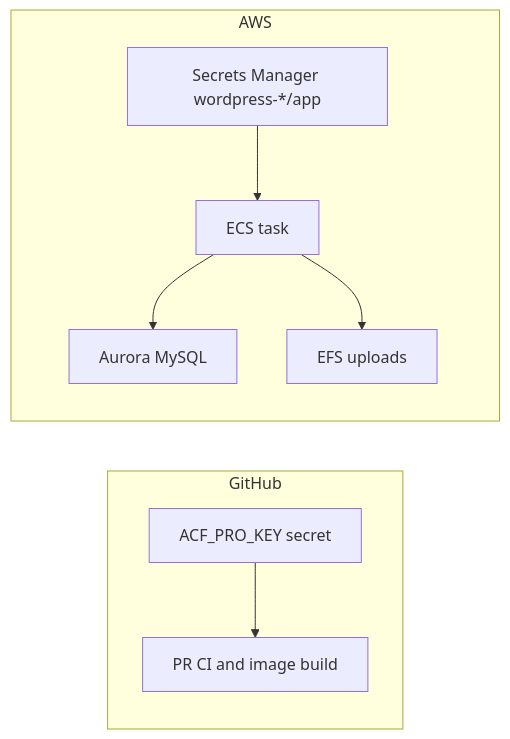
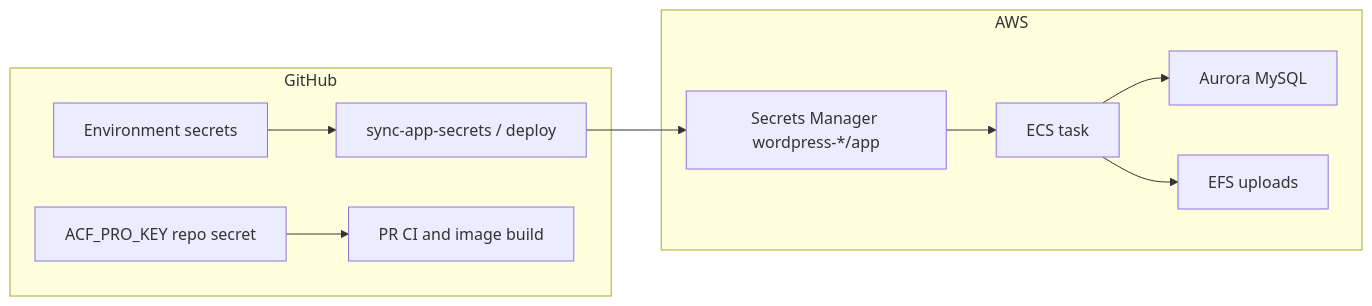
One commit to Remote-Leverage/remote-leverage-website-modernization changed the first of 2 diagrams in web/app/themes/remote-leverage/docs/deployment.md. Above: the diagram before and after it, drawn with Mermaid. The commit also changed other lines of this file and 5 other files, not shown here.

Commit message:
feat: implement GitHub secrets synchronization to AWS Secrets Manager and add sync workflow

````diff
--- a/web/app/themes/remote-leverage/docs/deployment.md
+++ b/web/app/themes/remote-leverage/docs/deployment.md
@@ -7,17 +7,21 @@
 ```mermaid
 flowchart LR
     subgraph github [GitHub]
-      ACF[ACF_PRO_KEY secret]
+      EnvSecrets[Environment secrets]
+      ACF[ACF_PRO_KEY repo secret]
+      Sync[sync-app-secrets / deploy]
       CI[PR CI and image build]
     end
     subgraph aws [AWS]
       SM["Secrets Manager wordpress-*/app"]
       ECS[ECS task]
       RDS[Aurora MySQL]
       EFS[EFS uploads]
     end
+    EnvSecrets --> Sync
+    Sync --> SM
     ACF --> CI
     SM --> ECS
     ECS --> RDS
     ECS --> EFS
 ```
````
